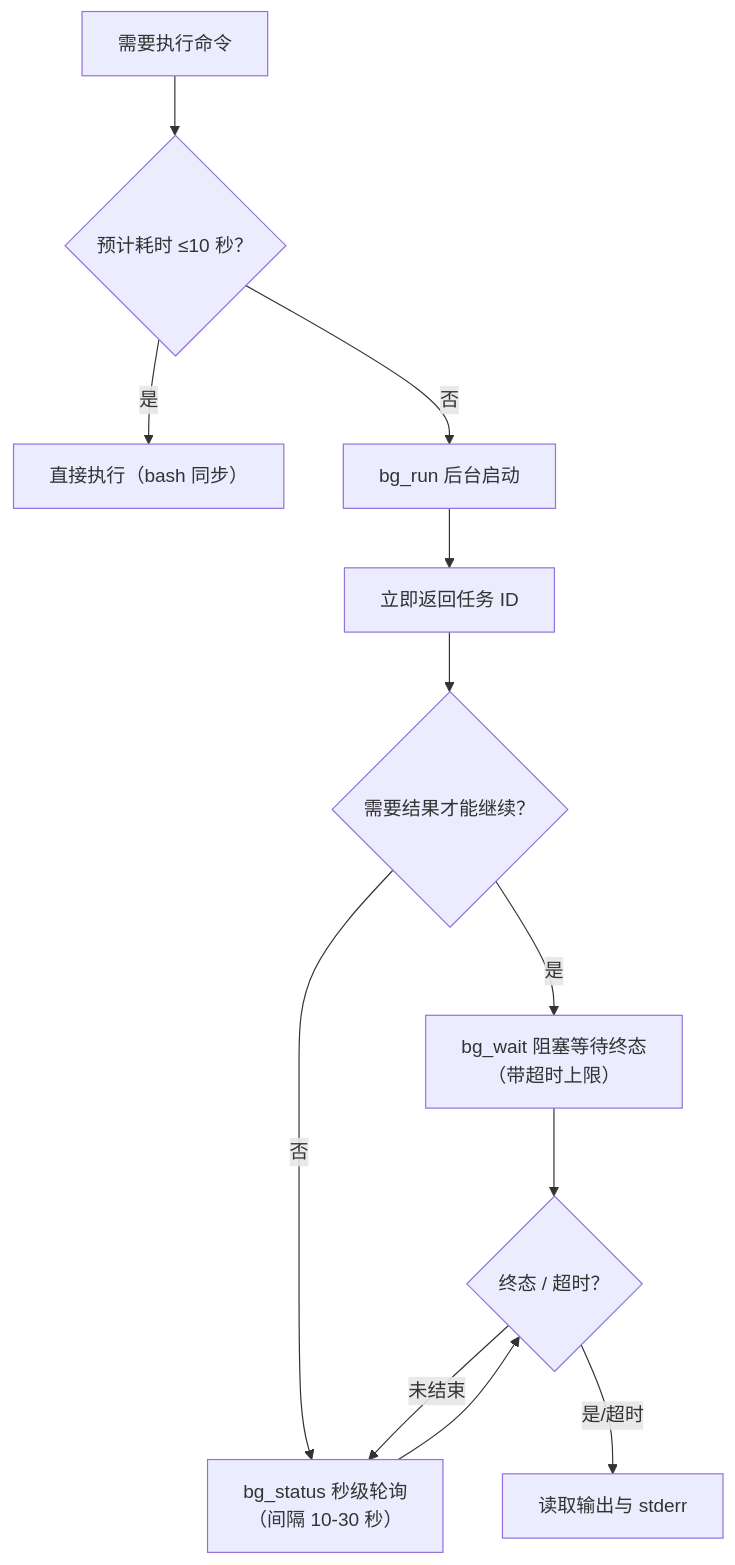
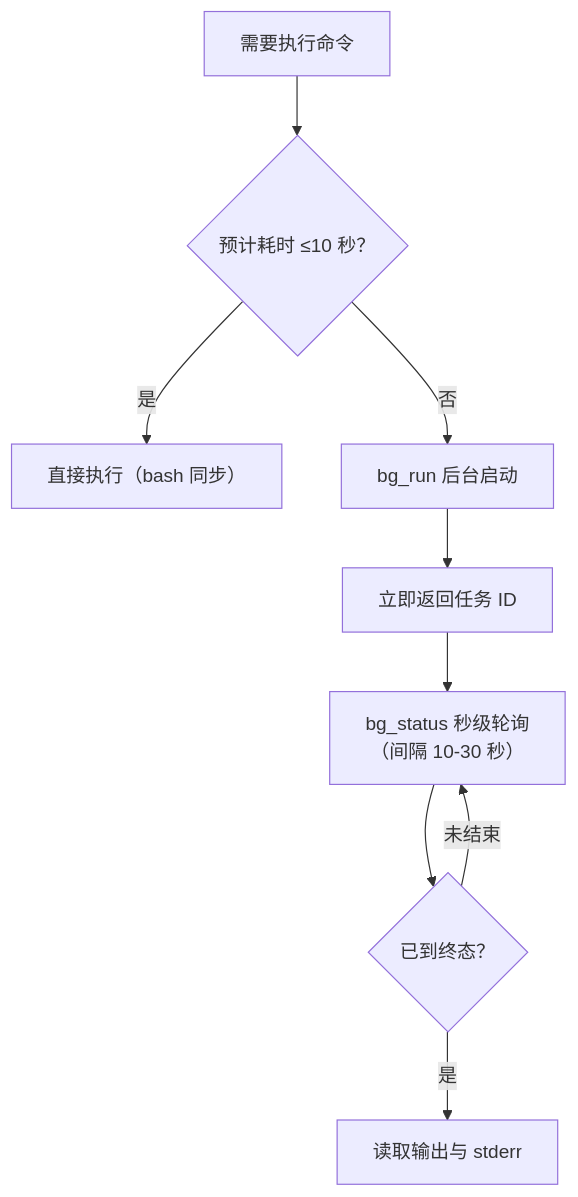
One commit to minjian123/basic-management-system changed the diagram in 文档/资料/工具/通用后台执行器部署使用说明.md. Above: the diagram before and after it, drawn with Mermaid. The commit also changed other lines of this file and 2 other files, not shown here.

Commit message:
chore(plugins): 移除 bg_wait 插件工具，bg-wait.py 保留为 gl_watch_pipeline 内部依赖，同步 AGENTS.md 与工具链文档

````diff
--- a/文档/资料/工具/通用后台执行器部署使用说明.md
+++ b/文档/资料/工具/通用后台执行器部署使用说明.md
@@ -126,14 +124,11 @@
 ```mermaid
 flowchart TD
     A["需要执行命令"] --> B{"预计耗时 ≤10 秒？"}
     B -- 是 --> C["直接执行（bash 同步）"]
     B -- 否 --> D["bg_run 后台启动"]
     D --> E["立即返回任务 ID"]
-    E --> F{"需要结果才能继续？"}
-    F -- 是 --> G["bg_wait 阻塞等待终态<br/>（带超时上限）"]
-    F -- 否 --> H["bg_status 秒级轮询<br/>（间隔 10-30 秒）"]
-    G --> I{"终态 / 超时？"}
-    H --> I
+    E --> H["bg_status 秒级轮询<br/>（间隔 10-30 秒）"]
+    H --> I{"已到终态？"}
     I -- 未结束 --> H
-    I -- 是/超时 --> J["读取输出与 stderr"]
+    I -- 是 --> J["读取输出与 stderr"]
 ```
````
